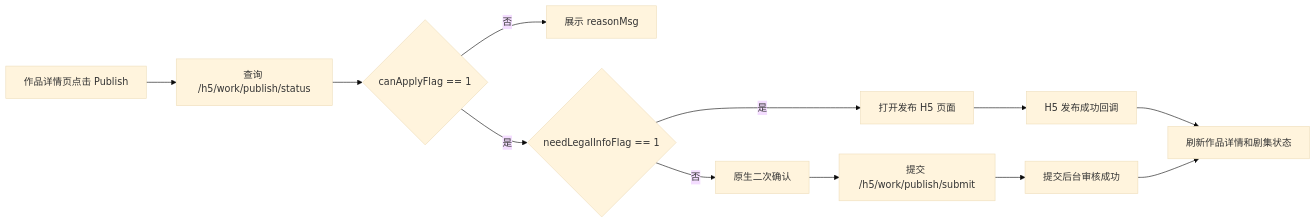
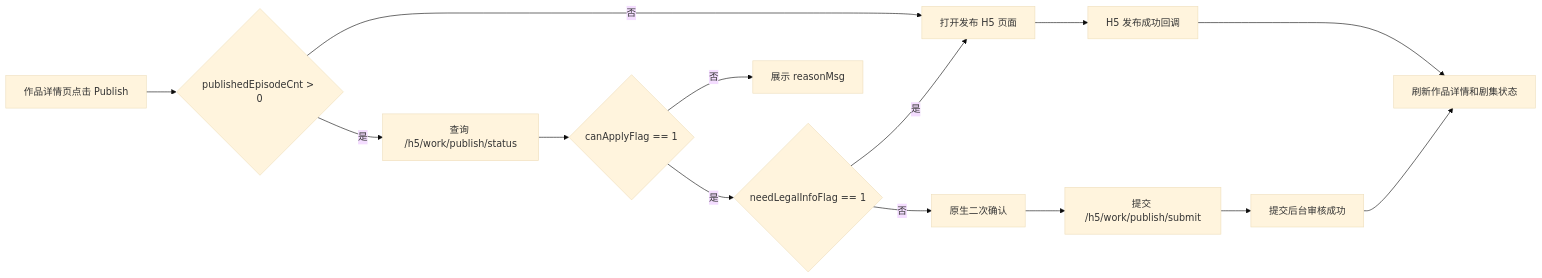
Before and after one commit to wangshaowen1/Android_epnova: the first of 2 diagrams in design/project/work-publish-flow.md, drawn with Mermaid (base theme). The commit also changed other lines of this file and 4 other files, not shown here.

````diff
--- a/design/project/work-publish-flow.md
+++ b/design/project/work-publish-flow.md
@@ -17,14 +18,16 @@
 ```mermaid
 flowchart LR
-    A[作品详情页点击 Publish] --> B[查询 /h5/work/publish/status]
-    B --> C{canApplyFlag == 1}
-    C -- 否 --> D[展示 reasonMsg]
-    C -- 是 --> E{needLegalInfoFlag == 1}
-    E -- 是 --> F[打开发布 H5 页面]
-    E -- 否 --> G[原生二次确认]
-    G --> H[提交 /h5/work/publish/submit]
-    F --> I[H5 发布成功回调]
-    H --> J[提交后台审核成功]
-    I --> K[刷新作品详情和剧集状态]
-    J --> K
+    A[作品详情页点击 Publish] --> B{publishedEpisodeCnt > 0}
+    B -- 否 --> F[打开发布 H5 页面]
+    B -- 是 --> C[查询 /h5/work/publish/status]
+    C --> D{canApplyFlag == 1}
+    D -- 否 --> E[展示 reasonMsg]
+    D -- 是 --> G{needLegalInfoFlag == 1}
+    G -- 是 --> F
+    G -- 否 --> H[原生二次确认]
+    H --> I[提交 /h5/work/publish/submit]
+    F --> J[H5 发布成功回调]
+    I --> K[提交后台审核成功]
+    J --> L[刷新作品详情和剧集状态]
+    K --> L
 ```
````
